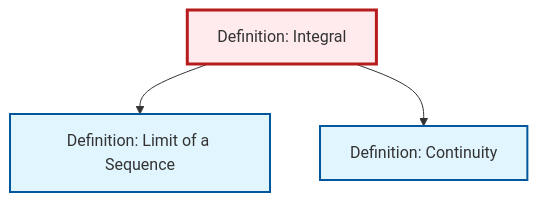
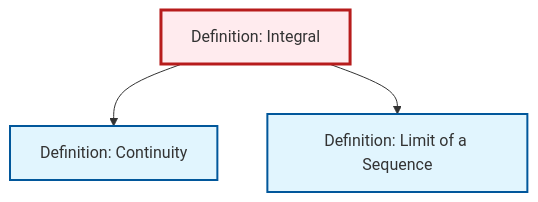
Before and after one commit to RK0429/ModernMath: the diagram in content/ja/analysis/def-integral.qmd, drawn with Mermaid. The commit also changed other lines of this file and 615 other files, not shown here.

````diff
--- a/content/ja/analysis/def-integral.qmd
+++ b/content/ja/analysis/def-integral.qmd
@@ -80,17 +80,17 @@
 ```{mermaid}
 %%| fig-cap: "Local dependency graph"
 graph TD
     classDef definition fill:#e1f5fe,stroke:#01579b,stroke-width:2px
     classDef theorem fill:#f3e5f5,stroke:#4a148c,stroke-width:2px
     classDef axiom fill:#fff3e0,stroke:#e65100,stroke-width:2px
     classDef example fill:#e8f5e9,stroke:#1b5e20,stroke-width:2px
     classDef current fill:#ffebee,stroke:#b71c1c,stroke-width:3px
-    def-limit["Definition: Limit of a Sequence"]:::definition
     def-continuity["Definition: Continuity"]:::definition
     def-integral["Definition: Integral"]:::definition
+    def-limit["Definition: Limit of a Sequence"]:::definition
+    def-integral --> def-continuity
     def-integral --> def-limit
-    def-integral --> def-continuity
     class def-integral current
+    click def-continuity "def-continuity.html" "Definition: Continuityへ"
     click def-limit "def-limit.html" "Definition: Limit of a Sequenceへ"
-    click def-continuity "def-continuity.html" "Definition: Continuityへ"
 ```
````
